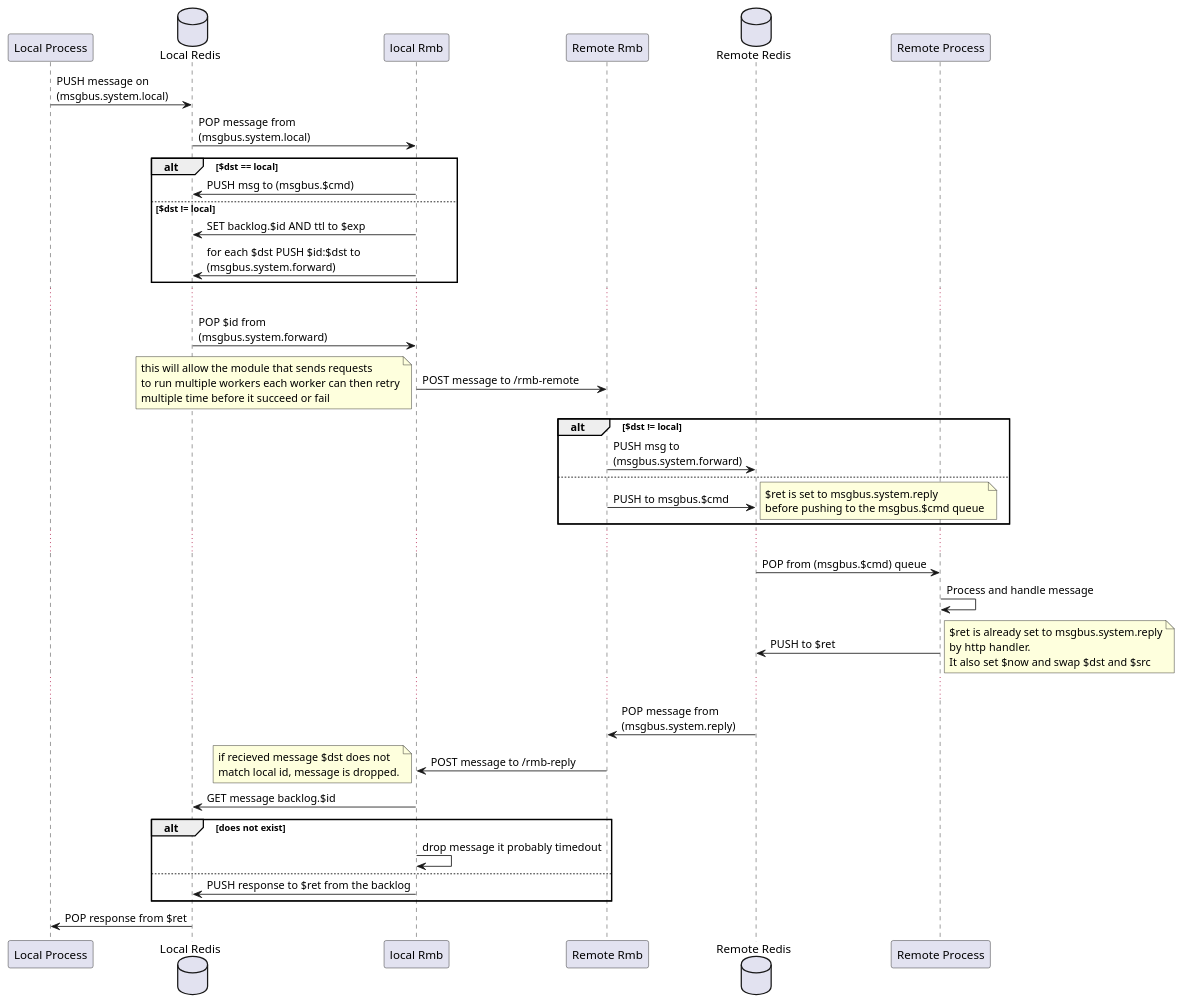
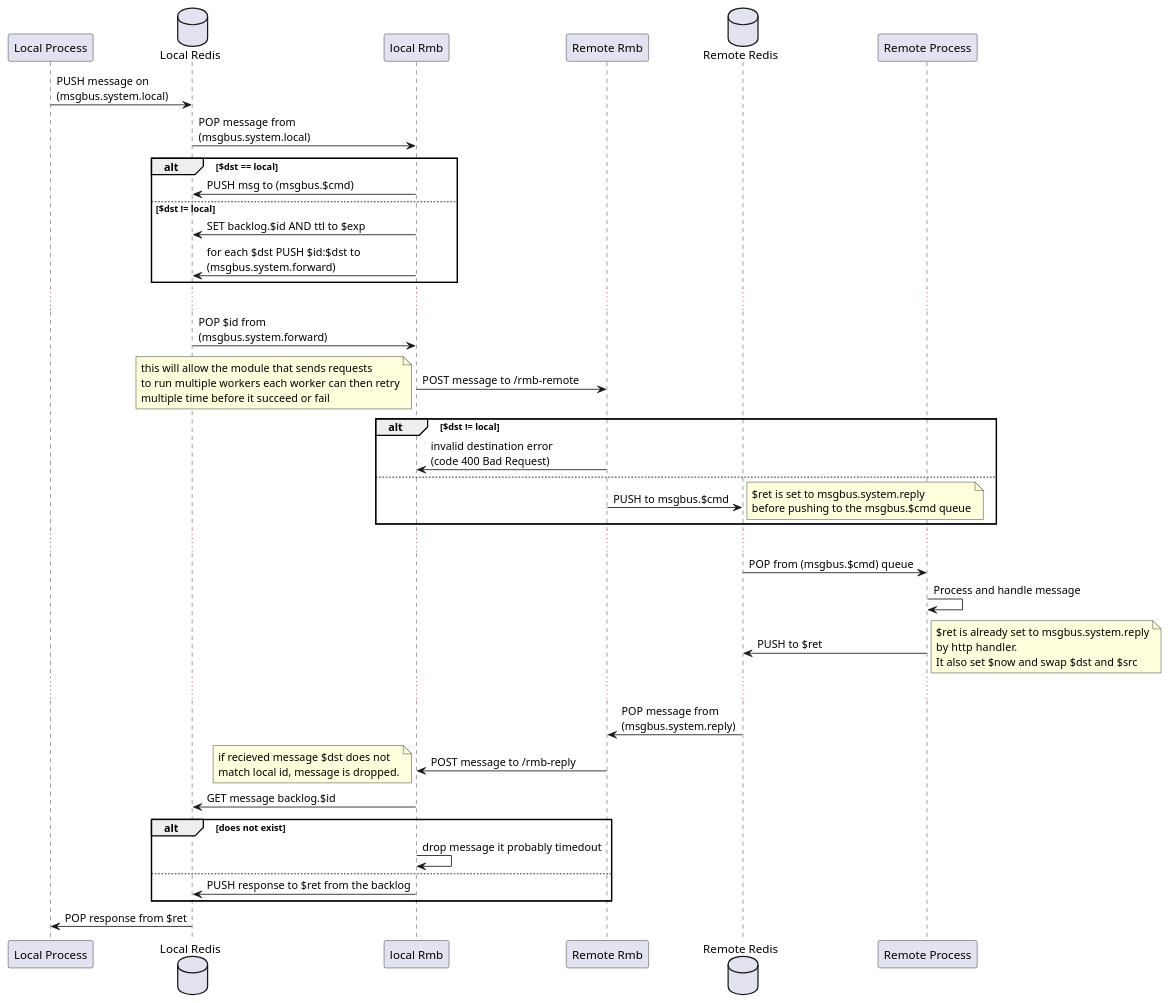
One commit to threefoldtech/rmb-rs changed the diagram in docs/uml/sequence.wsd. Above: the diagram before and after it, drawn with PlantUML. The commit also changed 4 other files, not shown here.

```diff
--- a/docs/uml/sequence.wsd
+++ b/docs/uml/sequence.wsd
@@ -1,60 +1,60 @@
 @startuml RMB
 
 participant "Local Process" as lp
 database "Local Redis" as lr
 participant "local Rmb" as lrmb
 
 participant "Remote Rmb" as rrmb
 database "Remote Redis" as rr
 participant "Remote Process" as rp
 
 lp -> lr: PUSH message on \n(msgbus.system.local)
 lr -> lrmb : POP message from \n(msgbus.system.local)
 
 alt $dst == local
 lrmb -> lr: PUSH msg to (msgbus.$cmd)
 else $dst != local
 lrmb -> lr: SET backlog.$id AND ttl to $exp
 lrmb -> lr: for each $dst PUSH $id:$dst to \n(msgbus.system.forward)
 end
 ...
 lr -> lrmb: POP $id from \n(msgbus.system.forward)
 lrmb -> rrmb: POST message to /rmb-remote
 note left
  this will allow the module that sends requests
  to run multiple workers each worker can then retry
  multiple time before it succeed or fail
 end note
 alt $dst != local
-rrmb -> rr: PUSH msg to \n(msgbus.system.forward)
+rrmb -> lrmb: invalid destination error\n(code 400 Bad Request)
 else
 rrmb -> rr: PUSH to msgbus.$cmd
 note right
 $ret is set to msgbus.system.reply
 before pushing to the msgbus.$cmd queue
 end note
 end
 ...
 rr -> rp: POP from (msgbus.$cmd) queue
 rp -> rp: Process and handle message
 rp -> rr: PUSH to $ret
 note right
 $ret is already set to msgbus.system.reply
 by http handler.
 It also set $now and swap $dst and $src
 end note
 ...
 rr -> rrmb: POP message from \n(msgbus.system.reply)
 rrmb -> lrmb: POST message to /rmb-reply
 note left
 if recieved message $dst does not
 match local id, message is dropped.
 end note
 lrmb -> lr: GET message backlog.$id
 alt does not exist
 lrmb -> lrmb: drop message it probably timedout
 else
 lrmb -> lr: PUSH response to $ret from the backlog
 end
 lr -> lp: POP response from $ret
 @enduml
```
